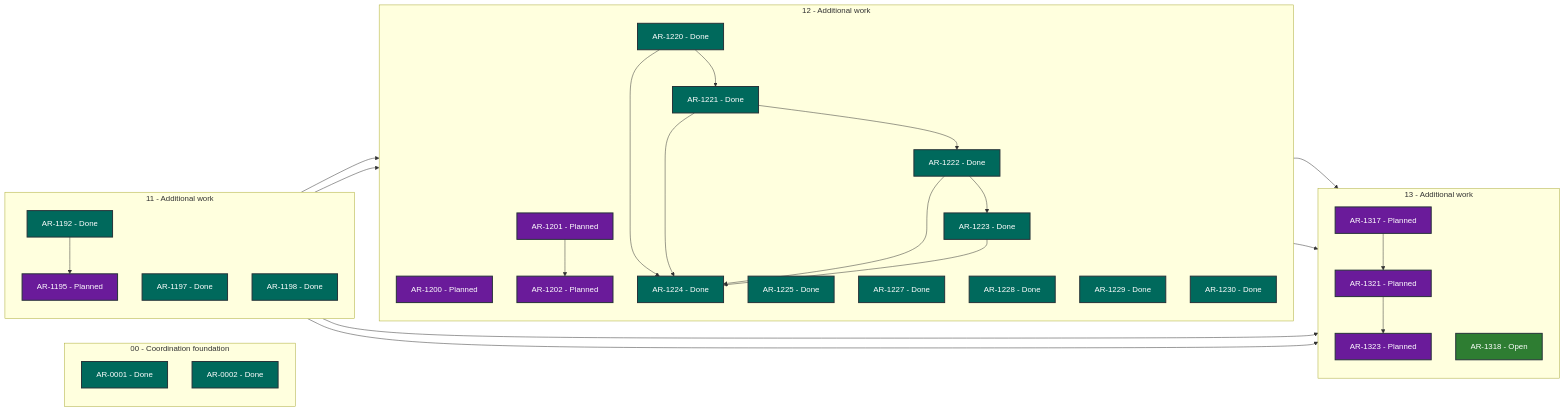
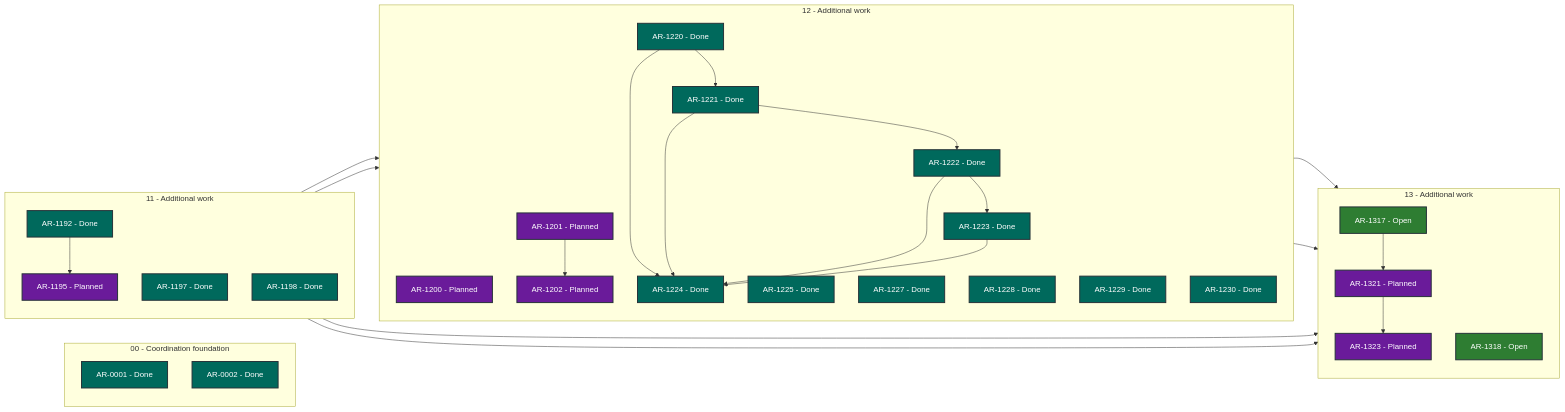
Before and after one commit to martin-beck/asb-tui-state: the diagram in STATUS.md, drawn with Mermaid. The commit also changed other lines of this file and 2 other files, not shown here.

````diff
--- a/STATUS.md
+++ b/STATUS.md
@@ -27,63 +27,63 @@
 ```mermaid
 flowchart LR
     subgraph series_00["00 - Coordination foundation"]
         direction TB
         AR_0001["AR-0001 - Done"]:::status_done
         AR_0002["AR-0002 - Done"]:::status_done
     end
     subgraph series_11["11 - Additional work"]
         direction TB
         AR_1192["AR-1192 - Done"]:::status_done
         AR_1195["AR-1195 - Planned"]:::status_planned
         AR_1197["AR-1197 - Done"]:::status_done
         AR_1198["AR-1198 - Done"]:::status_done
     end
     subgraph series_12["12 - Additional work"]
         direction TB
         AR_1200["AR-1200 - Planned"]:::status_planned
         AR_1201["AR-1201 - Planned"]:::status_planned
         AR_1202["AR-1202 - Planned"]:::status_planned
         AR_1220["AR-1220 - Done"]:::status_done
         AR_1221["AR-1221 - Done"]:::status_done
         AR_1222["AR-1222 - Done"]:::status_done
         AR_1223["AR-1223 - Done"]:::status_done
         AR_1224["AR-1224 - Done"]:::status_done
         AR_1225["AR-1225 - Done"]:::status_done
         AR_1227["AR-1227 - Done"]:::status_done
         AR_1228["AR-1228 - Done"]:::status_done
         AR_1229["AR-1229 - Done"]:::status_done
         AR_1230["AR-1230 - Done"]:::status_done
     end
     subgraph series_13["13 - Additional work"]
         direction TB
-        AR_1317["AR-1317 - Planned"]:::status_planned
+        AR_1317["AR-1317 - Open"]:::status_open
         AR_1318["AR-1318 - Open"]:::status_open
         AR_1321["AR-1321 - Planned"]:::status_planned
         AR_1323["AR-1323 - Planned"]:::status_planned
     end
     AR_1192 --> AR_1195
     AR_1192 --> AR_1317
     AR_1195 --> AR_1200
     AR_1197 --> AR_1201
     AR_1197 --> AR_1317
     AR_1201 --> AR_1202
     AR_1220 --> AR_1221
     AR_1220 --> AR_1224
     AR_1221 --> AR_1222
     AR_1221 --> AR_1224
     AR_1222 --> AR_1223
     AR_1222 --> AR_1224
     AR_1223 --> AR_1224
     AR_1228 --> AR_1317
     AR_1229 --> AR_1317
     AR_1317 --> AR_1321
     AR_1321 --> AR_1323
     classDef status_in_progress fill:#1565c0,color:#ffffff,stroke:#263238,stroke-width:2px
     classDef status_open fill:#2e7d32,color:#ffffff,stroke:#263238,stroke-width:2px
     classDef status_blocked fill:#c62828,color:#ffffff,stroke:#263238,stroke-width:2px
     classDef status_planned fill:#6a1b9a,color:#ffffff,stroke:#263238,stroke-width:2px
     classDef status_future fill:#455a64,color:#ffffff,stroke:#263238,stroke-width:2px
     classDef status_done fill:#00695c,color:#ffffff,stroke:#263238,stroke-width:2px
     classDef status_cancelled fill:#616161,color:#ffffff,stroke:#263238,stroke-width:2px
     classDef status_superseded fill:#5d4037,color:#ffffff,stroke:#263238,stroke-width:2px
 ```
````
